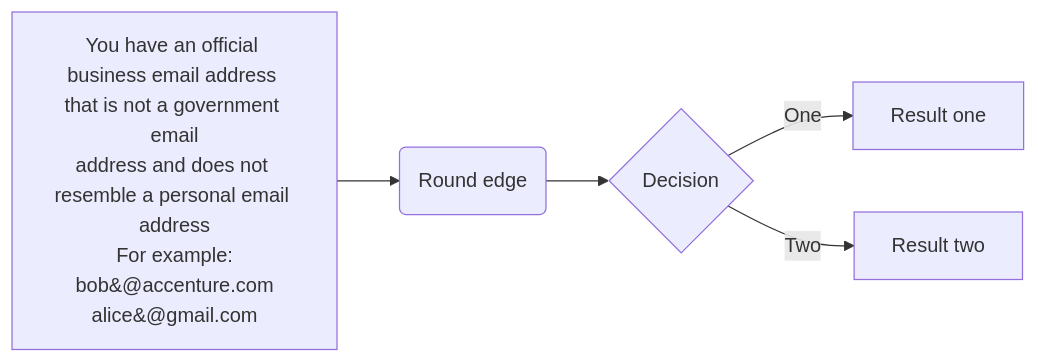
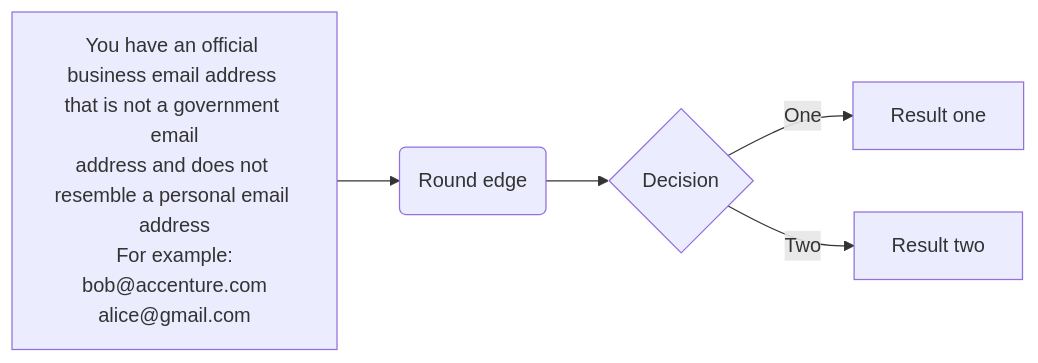
The diagram in docs/onboard-to-techpass.md (GovTechSG/techpass-user-docs), drawn with Mermaid before and after one commit.

````diff
--- a/docs/onboard-to-techpass.md
+++ b/docs/onboard-to-techpass.md
@@ -7,7 +7,7 @@
 ```mermaid
 graph LR
-A["You have an official business email address that is not a government email<br>address and does not resemble a personal email address<br>For example#58;<br>bob&#64;accenture.com<br>alice&#64;gmail.com"] -->B(Round edge)
+A["You have an official business email address that is not a government email<br>address and does not resemble a personal email address<br>For example#58;<br>bob#64;accenture.com<br>alice#64;gmail.com"] -->B(Round edge)
     B --> C{Decision}
     C -->|One| D[Result one]
     C -->|Two| E[Result two]
 ```
````
